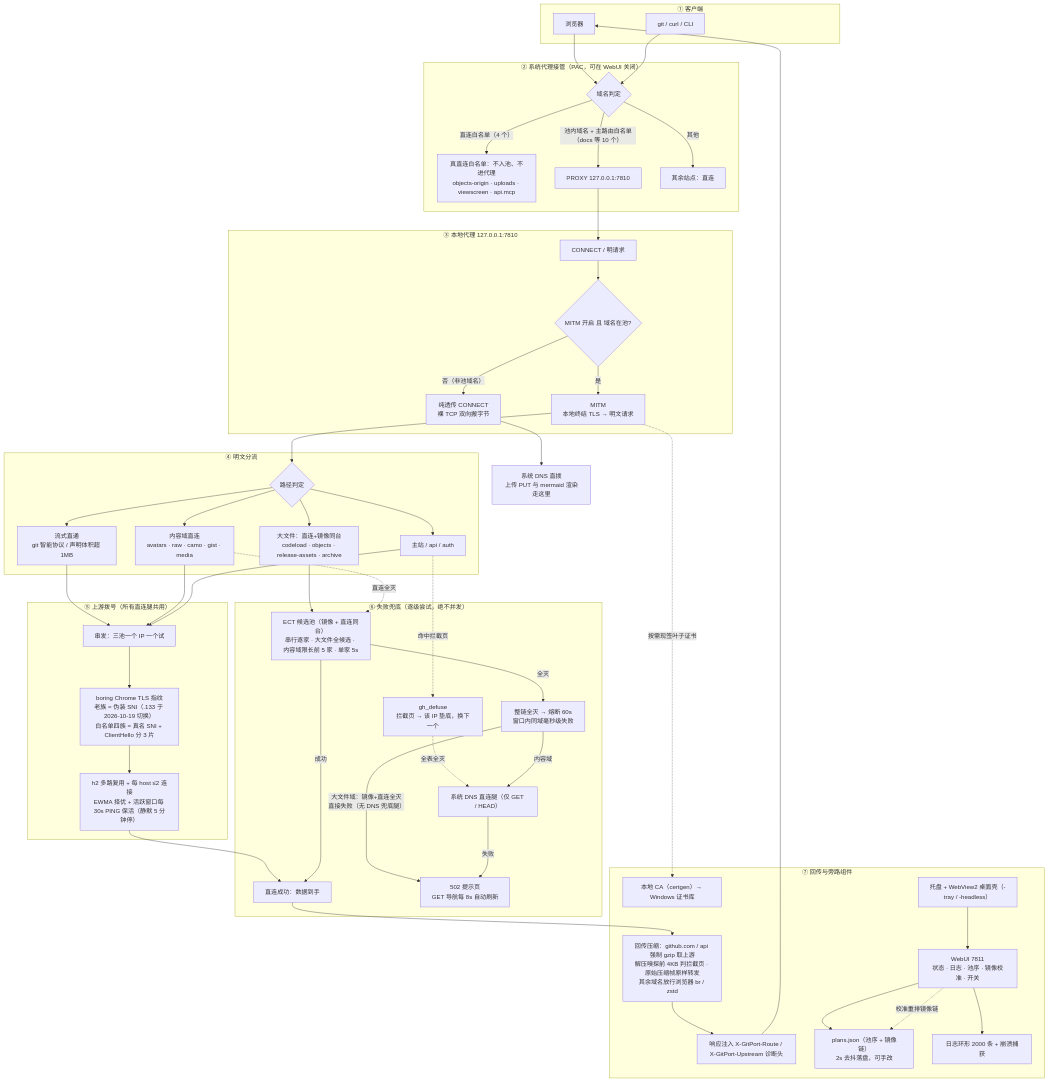
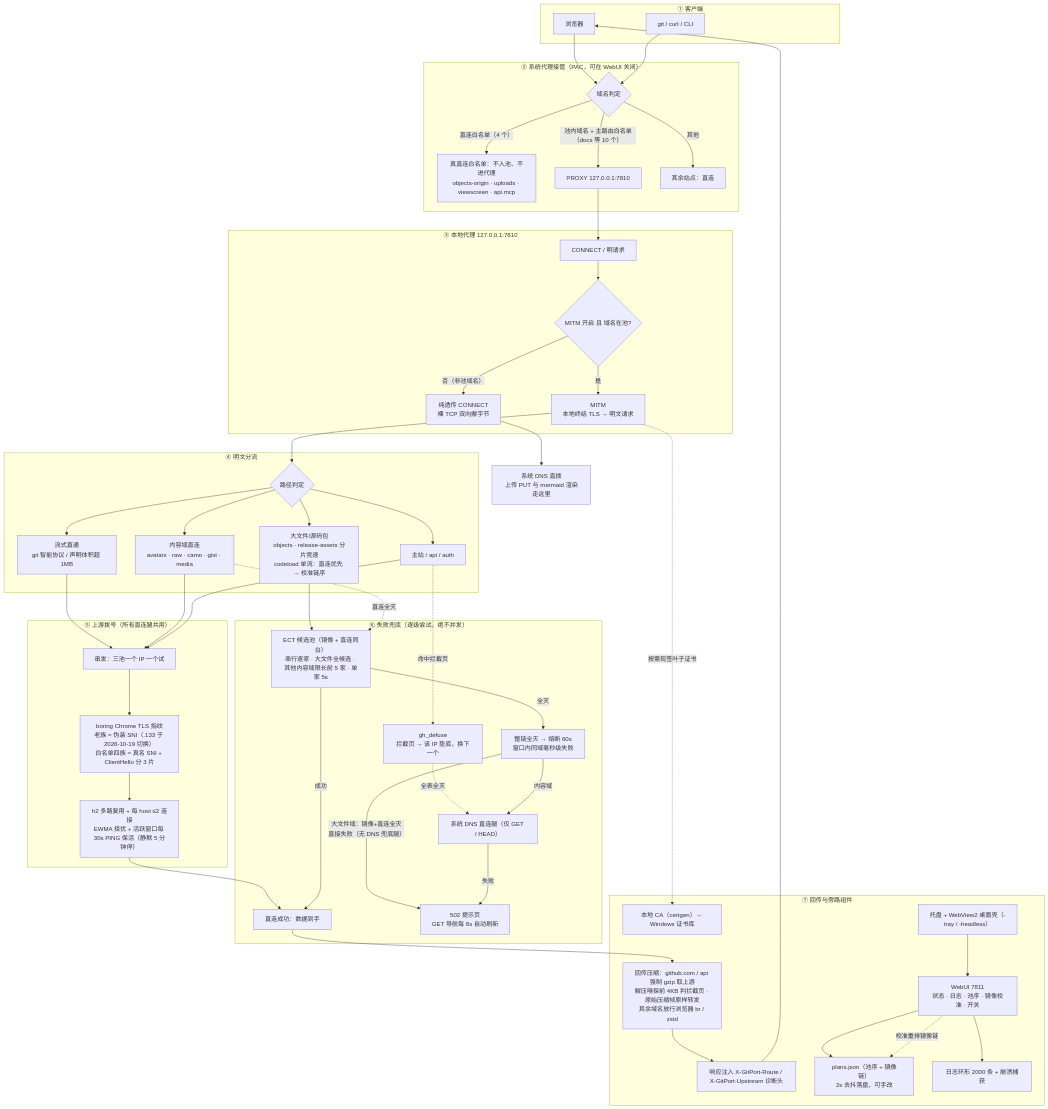
One commit to zhidian-cmd/gitport-github changed the first of 2 diagrams in docs/ARCHITECTURE.md. Above: the diagram before and after it, drawn with Mermaid. The commit also changed other lines of this file and 8 other files, not shown here.

```diff
--- a/docs/ARCHITECTURE.md
+++ b/docs/ARCHITECTURE.md
@@ -33,7 +33,7 @@
     subgraph L4["④ 明文分流"]
         Q{"路径判定"}
         S1["流式直通<br/>git 智能协议 / 声明体积超 1MB"]
-        S2["大文件：直连+镜像同台<br/>codeload · objects · release-assets · archive"]
+        S2["大文件/源码包<br/>objects · release-assets 分片竞速<br/>codeload 单流：直连优先 → 校准链序"]
         S3["内容域直连<br/>avatars · raw · camo · gist · media"]
         S4["主站 / api / auth"]
     end
@@ -55,7 +55,7 @@
     subgraph L6["⑥ 失败兜底（逐级尝试，绝不并发）"]
         GH["直连成功：数据到手"]
         GD["gh_defuse<br/>拦截页 → 该 IP 垫底，换下一个"]
-        MK["ECT 候选池（镜像 + 直连同台）<br/>串行逐家 · 大文件全候选 · 内容域限长前 5 家 · 单家 5s"]
+        MK["ECT 候选池（镜像 + 直连同台）<br/>串行逐家 · 大文件全候选 · 其他内容域限长前 5 家 · 单家 5s"]
         BRK["整链全灭 → 熔断 60s<br/>窗口内同域毫秒级失败"]
         DNSL["系统 DNS 直连腿（仅 GET / HEAD）"]
         E502["502 提示页<br/>GET 导航每 8s 自动刷新"]
```
